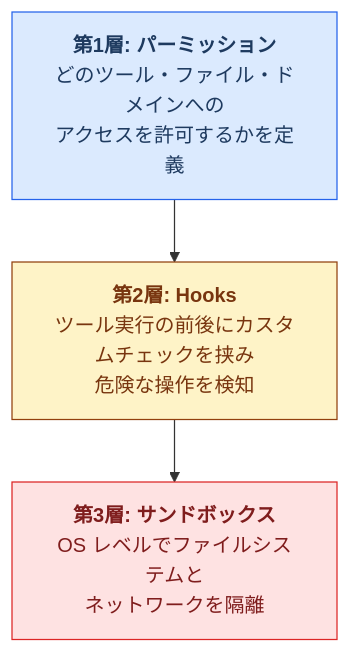
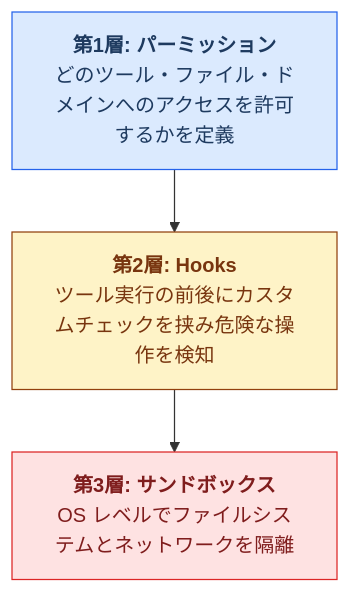
One commit to burnworks/claude-code-guideline changed the diagram in README.md. Above: the diagram before and after it, drawn with Mermaid.

````diff
--- a/README.md
+++ b/README.md
@@ -77,12 +77,12 @@
 ```mermaid
 flowchart TB
-    L1["<b>第1層: パーミッション</b><br/>どのツール・ファイル・ドメインへの<br/>アクセスを許可するかを定義"]
-    L2["<b>第2層: Hooks</b><br/>ツール実行の前後にカスタムチェックを挟み<br/>危険な操作を検知"]
-    L3["<b>第3層: サンドボックス</b><br/>OS レベルでファイルシステムと<br/>ネットワークを隔離"]
+    L1["<b>第1層: パーミッション</b><br/>どのツール・ファイル・ドメインへのアクセスを許可するかを定義"]
+    L2["<b>第2層: Hooks</b><br/>ツール実行の前後にカスタムチェックを挟み危険な操作を検知"]
+    L3["<b>第3層: サンドボックス</b><br/>OS レベルでファイルシステムとネットワークを隔離"]
  
     L1 --> L2 --> L3
  
     style L1 fill:#dbeafe,stroke:#2563eb,color:#1e3a5f
     style L2 fill:#fef3c7,stroke:#92400e,color:#78350f
     style L3 fill:#fee2e2,stroke:#dc2626,color:#7f1d1d
 ```
````
